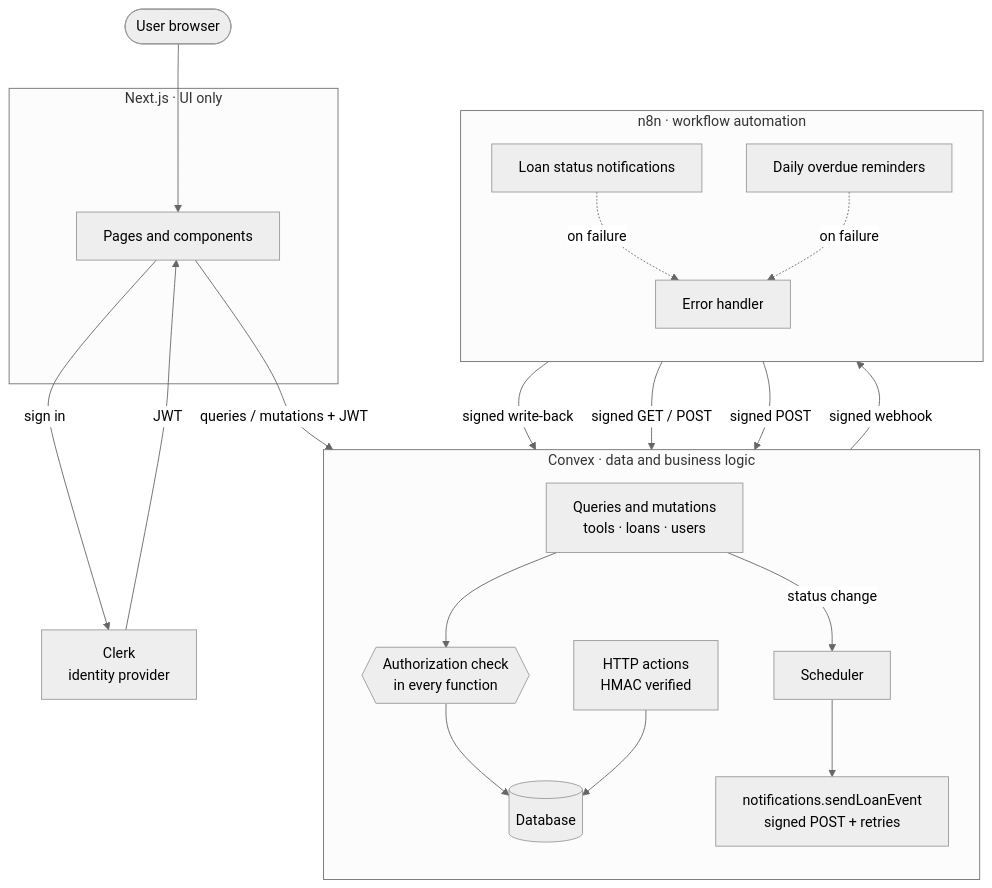
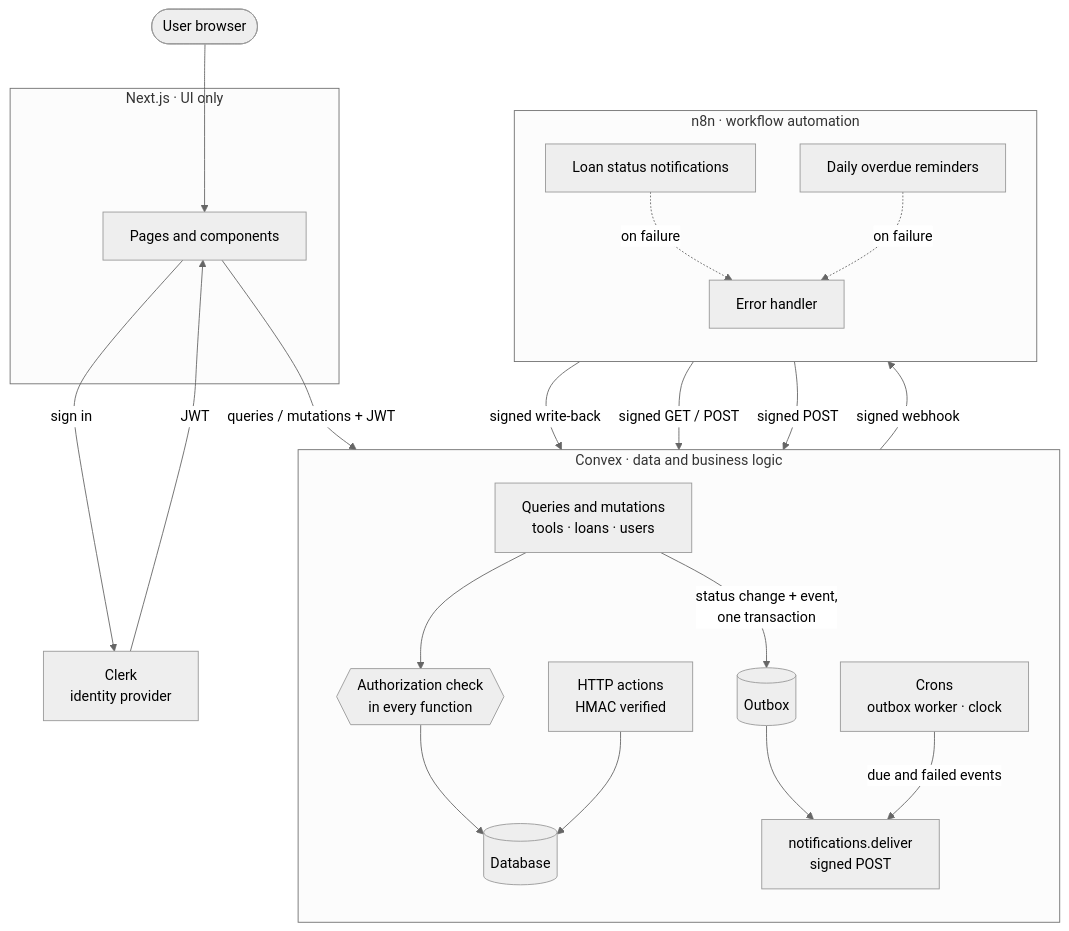
Before and after one commit to jhamiltonjunior/tool-lending-board: the first of 8 diagrams in README.md, drawn with Mermaid (neutral theme). The commit also changed other lines of this file, not shown here.

Commit message:
Document the outbox, the board clock and the scaling decisions

````diff
--- a/README.md
+++ b/README.md
@@ -68,41 +69,44 @@
 ```mermaid
 flowchart TB
     U([User browser])
 
     subgraph FE["Next.js · UI only"]
         UI[Pages and components]
     end
 
     CL[Clerk<br/>identity provider]
 
     subgraph CX["Convex · data and business logic"]
         direction TB
         FN["Queries and mutations<br/>tools · loans · users"]
         AZ{{"Authorization check<br/>in every function"}}
         DB[(Database)]
-        SCH[Scheduler]
-        ACT["notifications.sendLoanEvent<br/>signed POST + retries"]
+        OB[(Outbox)]
+        CR["Crons<br/>outbox worker · clock"]
+        ACT["notifications.deliver<br/>signed POST"]
         HTTP["HTTP actions<br/>HMAC verified"]
     end
 
     subgraph N8N["n8n · workflow automation"]
         direction TB
         W1[Loan status notifications]
         W2[Daily overdue reminders]
         W3[Error handler]
     end
 
     U --> UI
     UI -- sign in --> CL
     CL -- JWT --> UI
     UI -- "queries / mutations + JWT" --> FN
     FN --> AZ --> DB
-    FN -- status change --> SCH --> ACT
+    FN -- "status change + event,<br/>one transaction" --> OB
+    OB --> ACT
+    CR -- "due and failed events" --> ACT
     ACT -- "signed webhook" --> W1
     W1 -- "signed write-back" --> HTTP
     W2 -- "signed GET / POST" --> HTTP
     HTTP --> DB
     W1 -. on failure .-> W3
     W2 -. on failure .-> W3
     W3 -- "signed POST" --> HTTP
 ```
````
